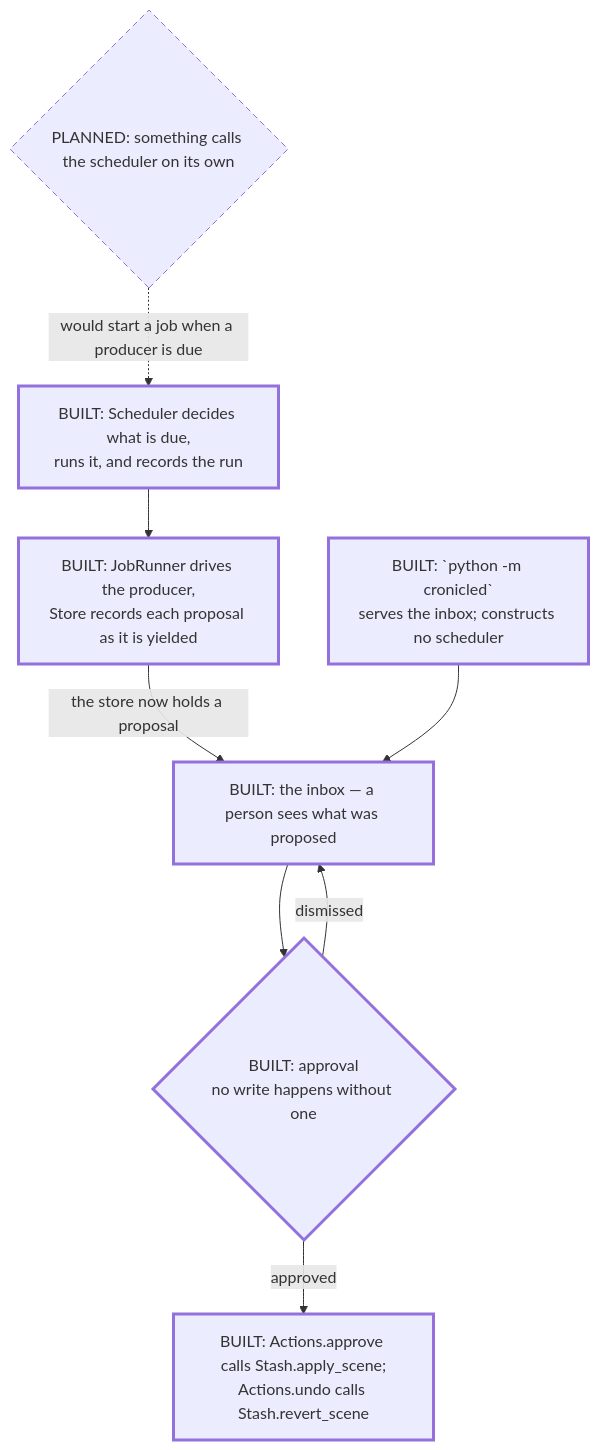
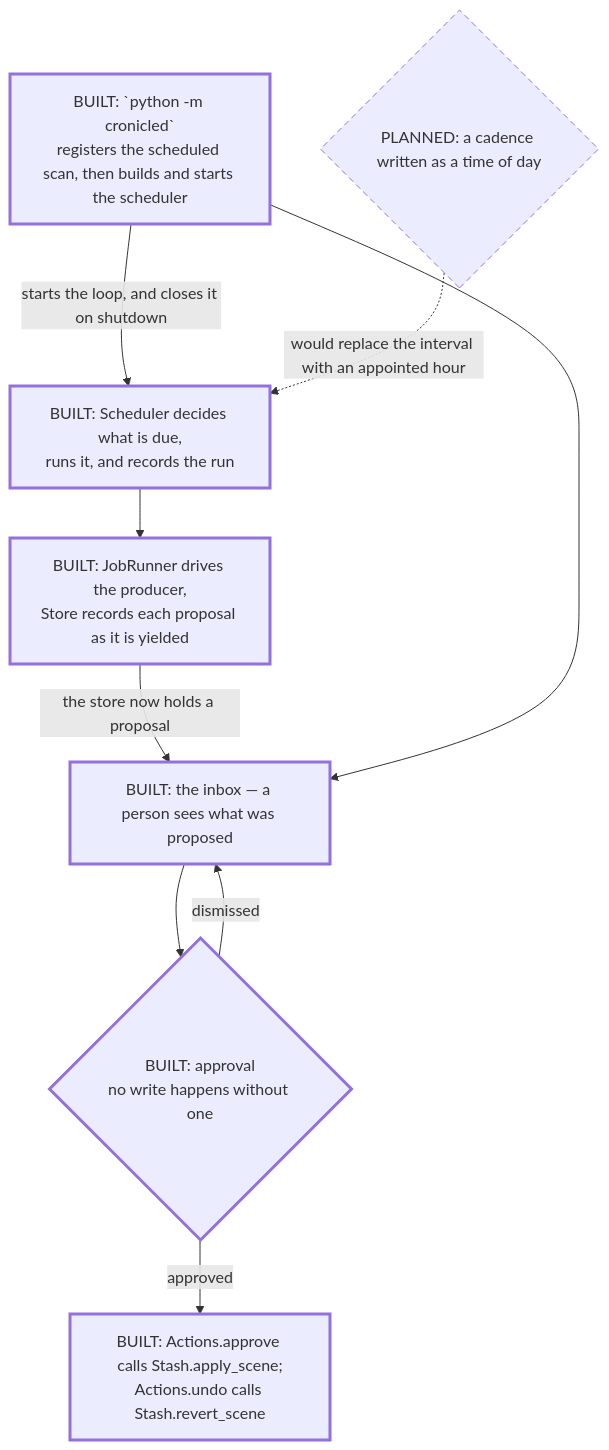
The fourth of 4 diagrams in docs/index.md (cabinetworks/cronicled), drawn with Mermaid before and after one commit. The commit also changed other lines of this file and 17 other files, not shown here.

First line of the commit message:
feat(schedule): run the library scan unattended, once a day

````diff
--- a/docs/index.md
+++ b/docs/index.md
@@ -254,23 +254,24 @@
 ```mermaid
 flowchart TD
-    entry["BUILT: `python -m cronicled`<br/>serves the inbox; constructs no scheduler"]
+    entry["BUILT: `python -m cronicled`<br/>registers the scheduled scan, then builds and starts the scheduler"]
     sched["BUILT: Scheduler decides what is due,<br/>runs it, and records the run"]
-    unattended{"PLANNED: something calls the scheduler on its own"}
+    wallclock{"PLANNED: a cadence written as a time of day"}
     built["BUILT: JobRunner drives the producer,<br/>Store records each proposal as it is yielded"]
     inbox["BUILT: the inbox — a person sees what was proposed"]
     gate{"BUILT: approval<br/>no write happens without one"}
     apply["BUILT: Actions.approve calls Stash.apply_scene;<br/>Actions.undo calls Stash.revert_scene"]
 
-    unattended -. "would start a job when a producer is due" .-> sched
+    entry -- "starts the loop, and closes it on shutdown" --> sched
+    wallclock -. "would replace the interval with an appointed hour" .-> sched
     sched --> built
     built -- "the store now holds a proposal" --> inbox
     entry --> inbox
     inbox --> gate
     gate -- "approved" --> apply
     gate -- "dismissed" --> inbox
 
     classDef planned stroke-dasharray:6 4
     classDef built stroke-width:3px
-    class unattended planned
+    class wallclock planned
     class entry,sched,built,inbox,gate,apply built
 ```
````
